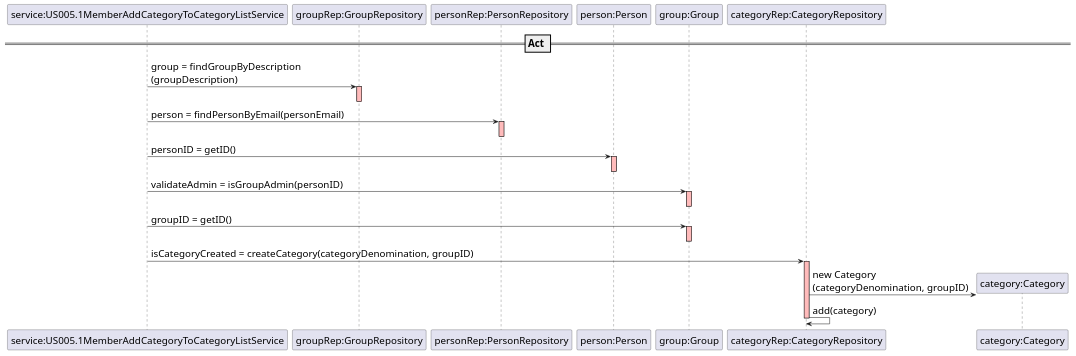
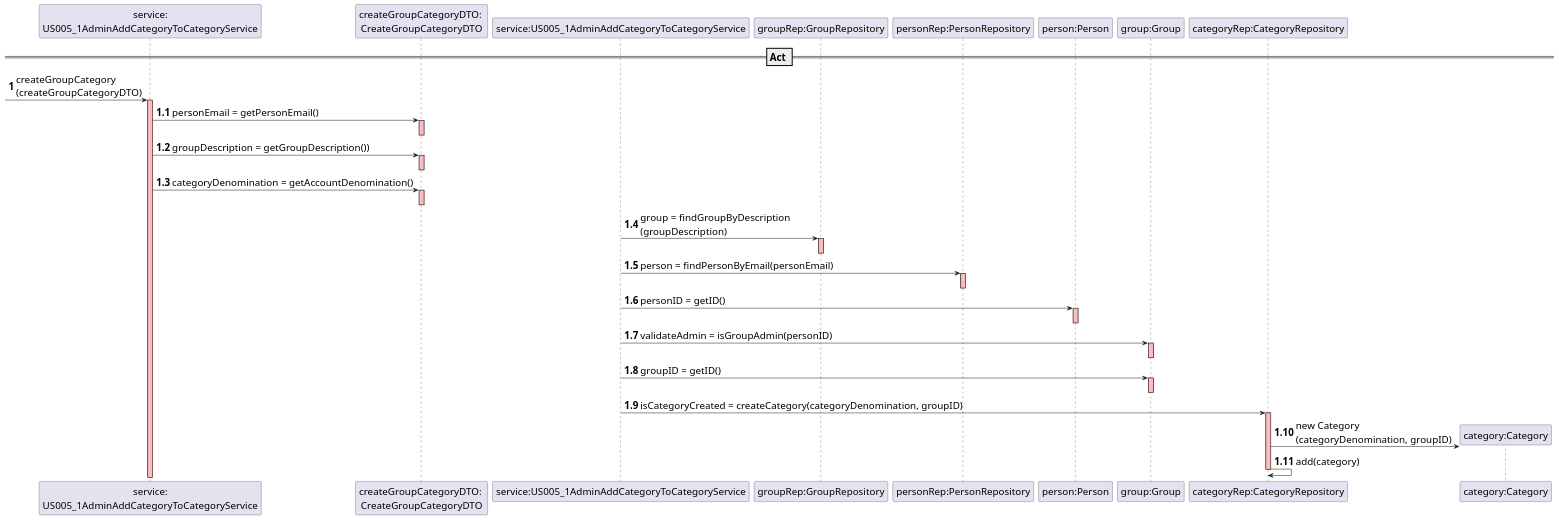
Before and after one commit to mleitaoribeiro/DevOpsMaven: the diagram in src/main/java/switch2019/project/controllerLayer/controllersRest/US005_1AdminAddsCategoryControllerRestRef.puml, drawn with PlantUML.

Commit message:
ref #832

```diff
--- a/src/main/java/switch2019/project/controllerLayer/controllersRest/US005_1AdminAddsCategoryControllerRestRef.puml
+++ b/src/main/java/switch2019/project/controllerLayer/controllersRest/US005_1AdminAddsCategoryControllerRestRef.puml
@@ -1,37 +1,54 @@
 @startuml
 skinparam DefaultFontSize 20
 
+
 == Act ==
+autonumber
+[-> "service:\nUS005_1AdminAddCategoryToCategoryService" : createGroupCategory\n(createGroupCategoryDTO)
+activate "service:\nUS005_1AdminAddCategoryToCategoryService" #FFBBBB
+autonumber 1.1
+"service:\nUS005_1AdminAddCategoryToCategoryService" -> "createGroupCategoryDTO: \nCreateGroupCategoryDTO" : personEmail = getPersonEmail()
+activate "createGroupCategoryDTO: \nCreateGroupCategoryDTO"  #FFBBBB
+deactivate "createGroupCategoryDTO: \nCreateGroupCategoryDTO"  #FFBBBB
 
-"service:US005.1MemberAddCategoryToCategoryListService"->"groupRep:GroupRepository":group = findGroupByDescription\n(groupDescription)
+"service:\nUS005_1AdminAddCategoryToCategoryService" -> "createGroupCategoryDTO: \nCreateGroupCategoryDTO" : groupDescription = getGroupDescription())
+activate "createGroupCategoryDTO: \nCreateGroupCategoryDTO"  #FFBBBB
+deactivate "createGroupCategoryDTO: \nCreateGroupCategoryDTO"  #FFBBBB
+
+"service:\nUS005_1AdminAddCategoryToCategoryService" -> "createGroupCategoryDTO: \nCreateGroupCategoryDTO" : categoryDenomination = getAccountDenomination()
+activate "createGroupCategoryDTO: \nCreateGroupCategoryDTO"  #FFBBBB
+deactivate "createGroupCategoryDTO: \nCreateGroupCategoryDTO"  #FFBBBB
+
+
+"service:US005_1AdminAddCategoryToCategoryService"->"groupRep:GroupRepository":group = findGroupByDescription\n(groupDescription)
 activate "groupRep:GroupRepository" #FFBBBB
 deactivate "groupRep:GroupRepository"
 
-"service:US005.1MemberAddCategoryToCategoryListService"->"personRep:PersonRepository": person = findPersonByEmail(personEmail)
+"service:US005_1AdminAddCategoryToCategoryService"->"personRep:PersonRepository": person = findPersonByEmail(personEmail)
 activate "personRep:PersonRepository" #FFBBBB
 deactivate "personRep:PersonRepository"
 
-"service:US005.1MemberAddCategoryToCategoryListService"->"person:Person": personID = getID()
+"service:US005_1AdminAddCategoryToCategoryService"->"person:Person": personID = getID()
 activate "person:Person" #FFBBBB
 deactivate "person:Person"
 
-"service:US005.1MemberAddCategoryToCategoryListService"->"group:Group": validateAdmin = isGroupAdmin(personID)
+"service:US005_1AdminAddCategoryToCategoryService"->"group:Group": validateAdmin = isGroupAdmin(personID)
 activate "group:Group" #FFBBBB
 deactivate "group:Group"
 
-"service:US005.1MemberAddCategoryToCategoryListService"->"group:Group": groupID = getID()
+"service:US005_1AdminAddCategoryToCategoryService"->"group:Group": groupID = getID()
 activate "group:Group" #FFBBBB
 deactivate "group:Group"
 
-"service:US005.1MemberAddCategoryToCategoryListService"->"categoryRep:CategoryRepository":isCategoryCreated = createCategory(categoryDenomination, groupID)
+"service:US005_1AdminAddCategoryToCategoryService"->"categoryRep:CategoryRepository":isCategoryCreated = createCategory(categoryDenomination, groupID)
 activate "categoryRep:CategoryRepository" #FFBBBB
 
 create "category:Category"
 "categoryRep:CategoryRepository"->"category:Category":new Category\n(categoryDenomination, groupID)
 "categoryRep:CategoryRepository"->"categoryRep:CategoryRepository": add(category)
 
 deactivate "categoryRep:CategoryRepository"
-deactivate "service:US005.1MemberAddCategoryToCategoryListService"
+deactivate "service:US005_1AdminAddCategoryToCategoryService"
 
 
 @enduml
```
